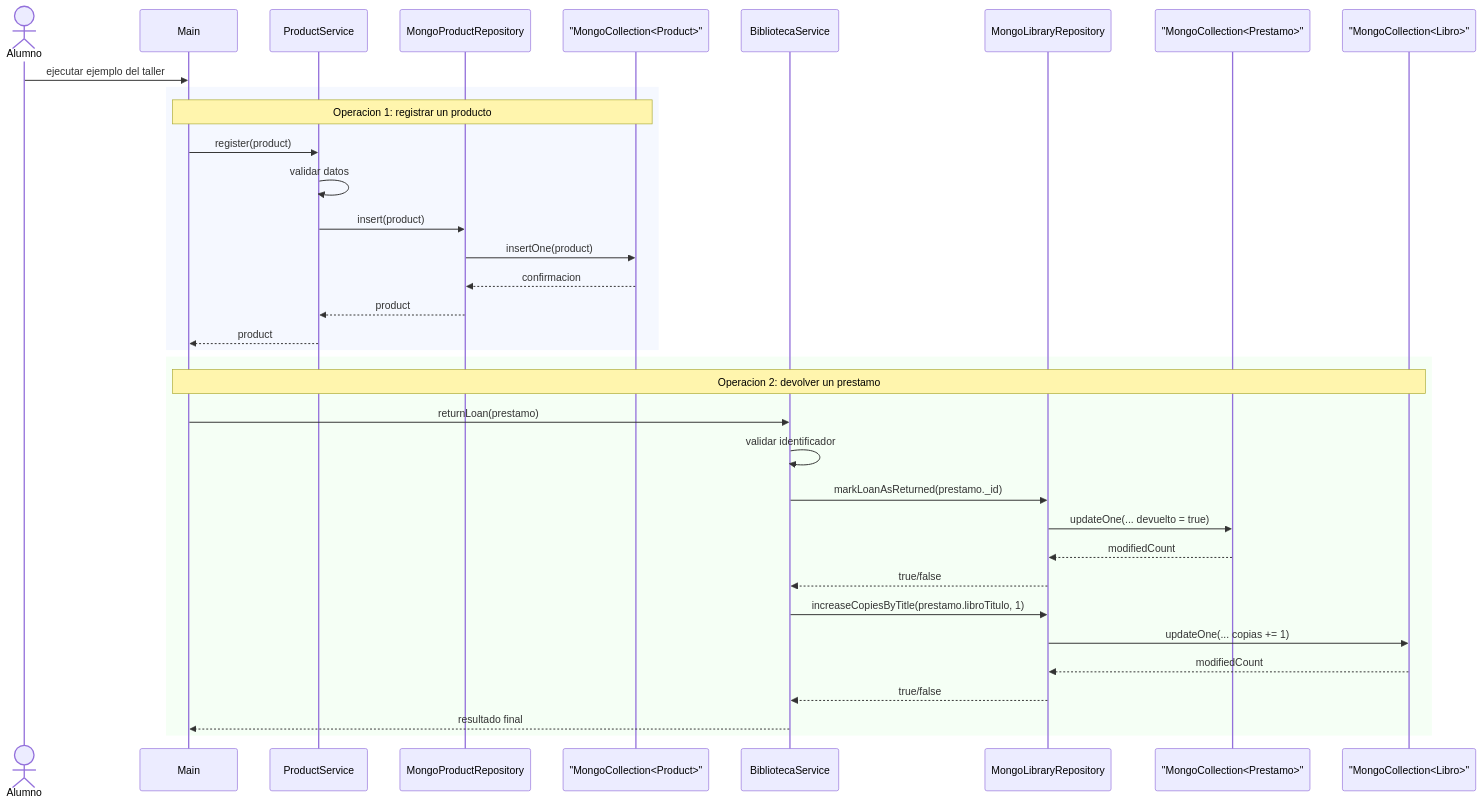
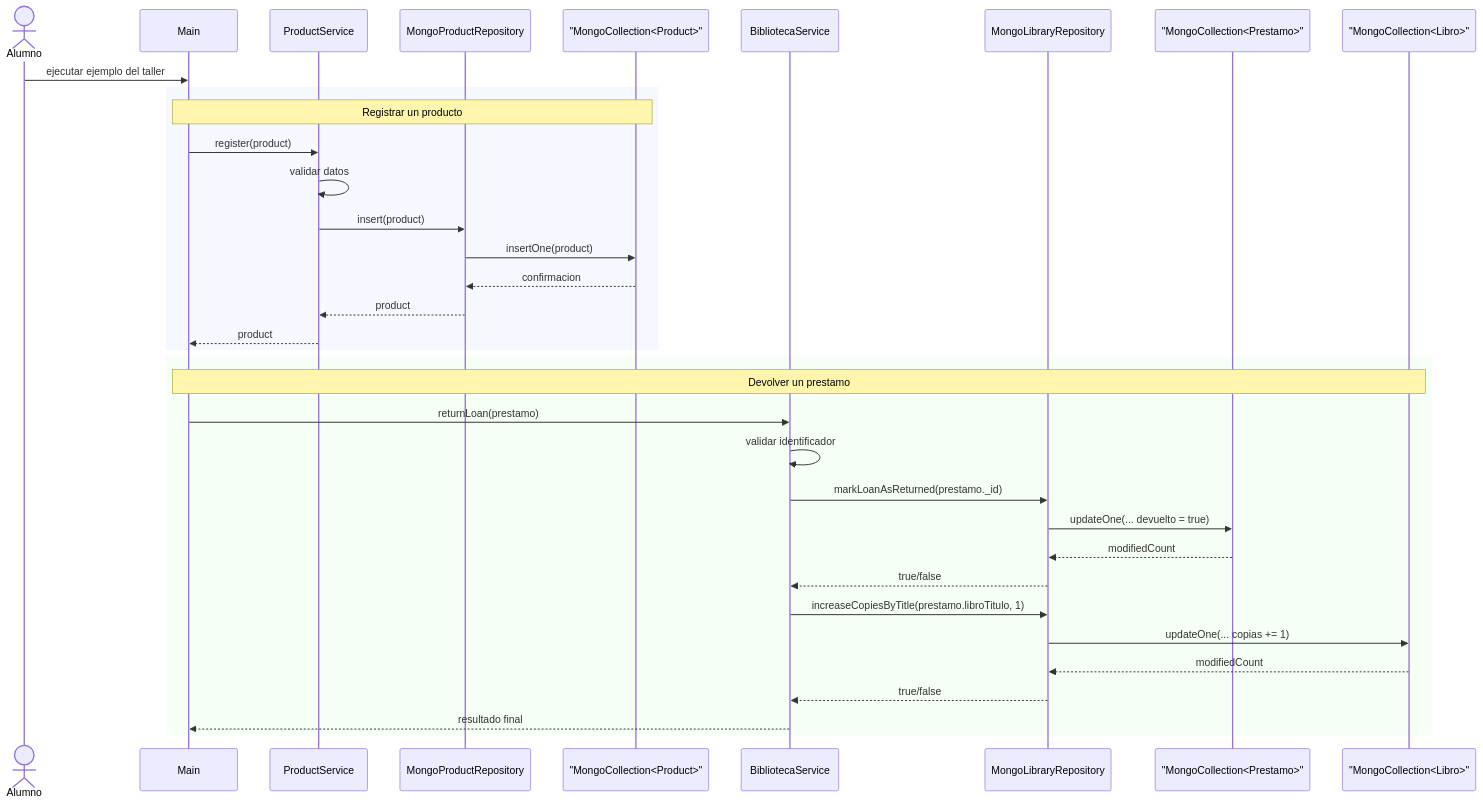
Before and after one commit to revilofe/2526_PRO_U8_TallerMongo: the second of 2 diagrams in doc/taller_mongodb.md, drawn with Mermaid. The commit also changed other lines of this file, not shown here.

````diff
--- a/doc/taller_mongodb.md
+++ b/doc/taller_mongodb.md
@@ -809,40 +244,40 @@
 ```mermaid
 sequenceDiagram
     actor Alumno
     participant Main
     participant ProductService
     participant MongoProductRepository
     participant Productos as "MongoCollection<Product>"
     participant BibliotecaService
     participant MongoLibraryRepository
     participant Prestamos as "MongoCollection<Prestamo>"
     participant Libros as "MongoCollection<Libro>"
 
     Alumno->>Main: ejecutar ejemplo del taller
 
     rect rgb(245, 248, 255)
-        Note over Main,Productos: Operacion 1: registrar un producto
+        Note over Main,Productos: Registrar un producto
         Main->>ProductService: register(product)
         ProductService->>ProductService: validar datos
         ProductService->>MongoProductRepository: insert(product)
         MongoProductRepository->>Productos: insertOne(product)
         Productos-->>MongoProductRepository: confirmacion
         MongoProductRepository-->>ProductService: product
         ProductService-->>Main: product
     end
 
     rect rgb(245, 255, 245)
-        Note over Main,Libros: Operacion 2: devolver un prestamo
+        Note over Main,Libros: Devolver un prestamo
         Main->>BibliotecaService: returnLoan(prestamo)
         BibliotecaService->>BibliotecaService: validar identificador
         BibliotecaService->>MongoLibraryRepository: markLoanAsReturned(prestamo._id)
         MongoLibraryRepository->>Prestamos: updateOne(... devuelto = true)
         Prestamos-->>MongoLibraryRepository: modifiedCount
         MongoLibraryRepository-->>BibliotecaService: true/false
         BibliotecaService->>MongoLibraryRepository: increaseCopiesByTitle(prestamo.libroTitulo, 1)
         MongoLibraryRepository->>Libros: updateOne(... copias += 1)
         Libros-->>MongoLibraryRepository: modifiedCount
         MongoLibraryRepository-->>BibliotecaService: true/false
         BibliotecaService-->>Main: resultado final
     end
 ```
````
